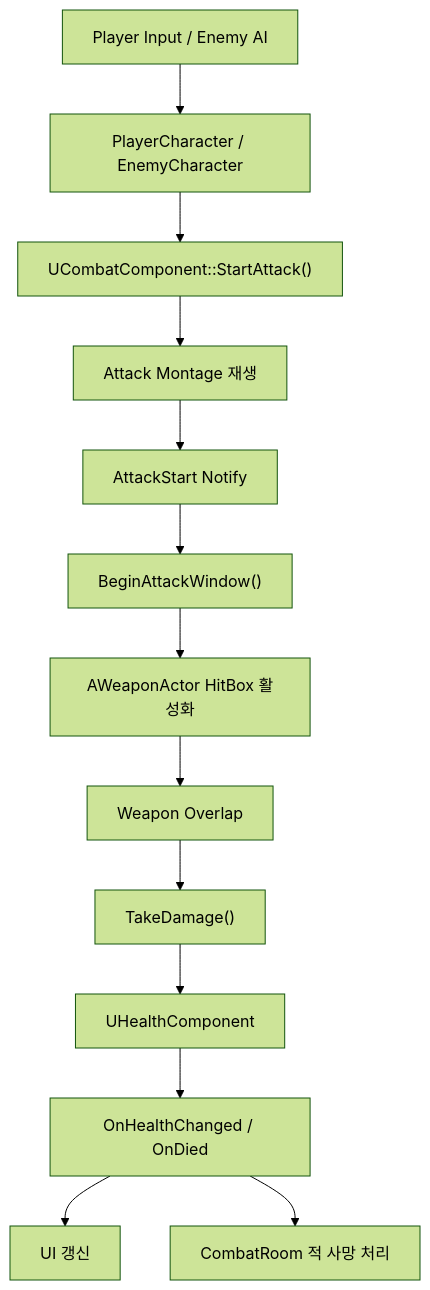
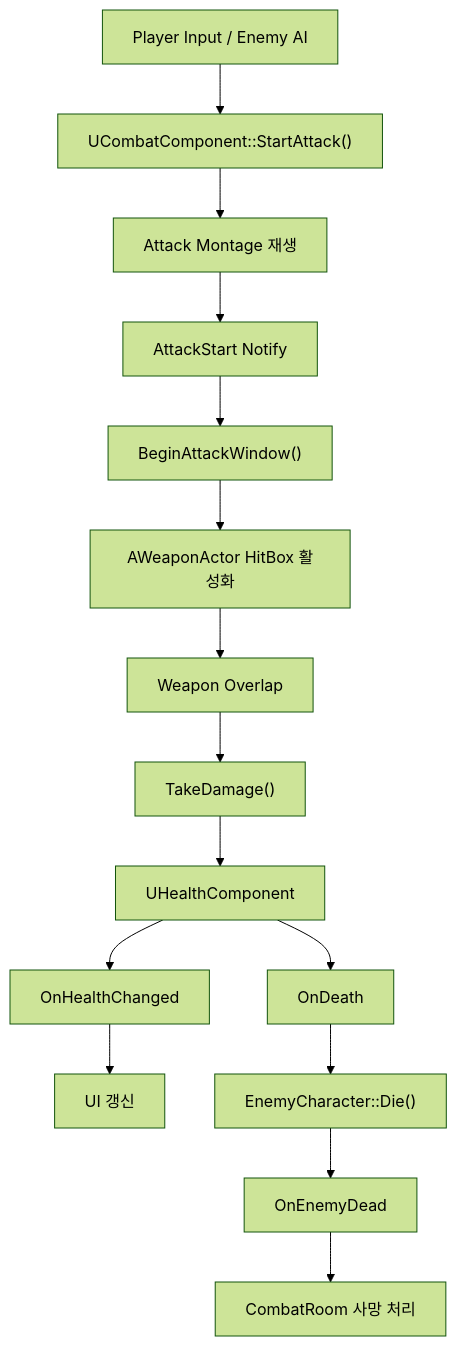
Before and after one commit to want-to-sleep1212/UE5-Roguelike: the second of 2 diagrams in README.md, drawn with Mermaid (forest theme). The commit also changed other lines of this file and 5 other files, not shown here.

````diff
--- a/README.md
+++ b/README.md
@@ -74,29 +74,37 @@
 ```mermaid
 flowchart TD
     INPUT["Player Input / Enemy AI"]
-    CHAR["PlayerCharacter / EnemyCharacter"]
     COMBAT["UCombatComponent::StartAttack()"]
     MONTAGE["Attack Montage 재생"]
     NOTIFY_START["AttackStart Notify"]
     WINDOW_START["BeginAttackWindow()"]
     WEAPON["AWeaponActor HitBox 활성화"]
     HIT["Weapon Overlap"]
     DAMAGE["TakeDamage()"]
     HEALTH["UHealthComponent"]
-    DELEGATE["OnHealthChanged / OnDied"]
+
+    HEALTH_CHANGED["OnHealthChanged"]
     UI["UI 갱신"]
-    ROOM["CombatRoom 적 사망 처리"]
 
-    INPUT --> CHAR
-    CHAR --> COMBAT
+    DEATH["OnDeath"]
+    ENEMY_DIE["EnemyCharacter::Die()"]
+    ENEMY_DEAD["OnEnemyDead"]
+    ROOM["CombatRoom 사망 처리"]
+
+    INPUT --> COMBAT
     COMBAT --> MONTAGE
     MONTAGE --> NOTIFY_START
     NOTIFY_START --> WINDOW_START
     WINDOW_START --> WEAPON
     WEAPON --> HIT
     HIT --> DAMAGE
     DAMAGE --> HEALTH
-    HEALTH --> DELEGATE
-    DELEGATE --> UI
-    DELEGATE --> ROOM
+
+    HEALTH --> HEALTH_CHANGED
+    HEALTH_CHANGED --> UI
+
+    HEALTH --> DEATH
+    DEATH --> ENEMY_DIE
+    ENEMY_DIE --> ENEMY_DEAD
+    ENEMY_DEAD --> ROOM
 ```
````
